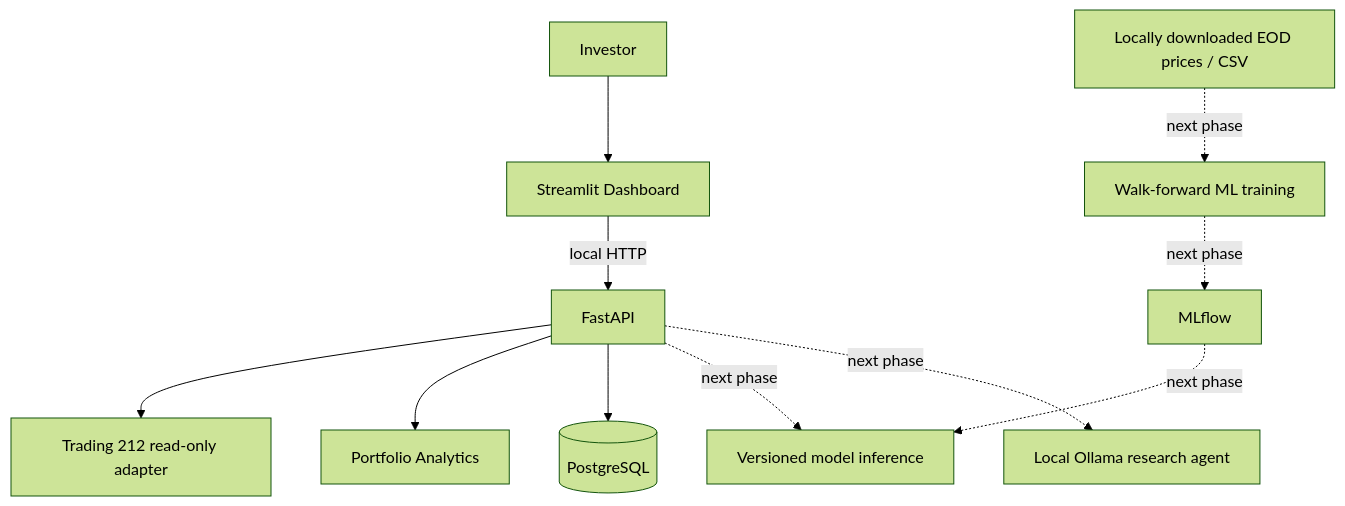
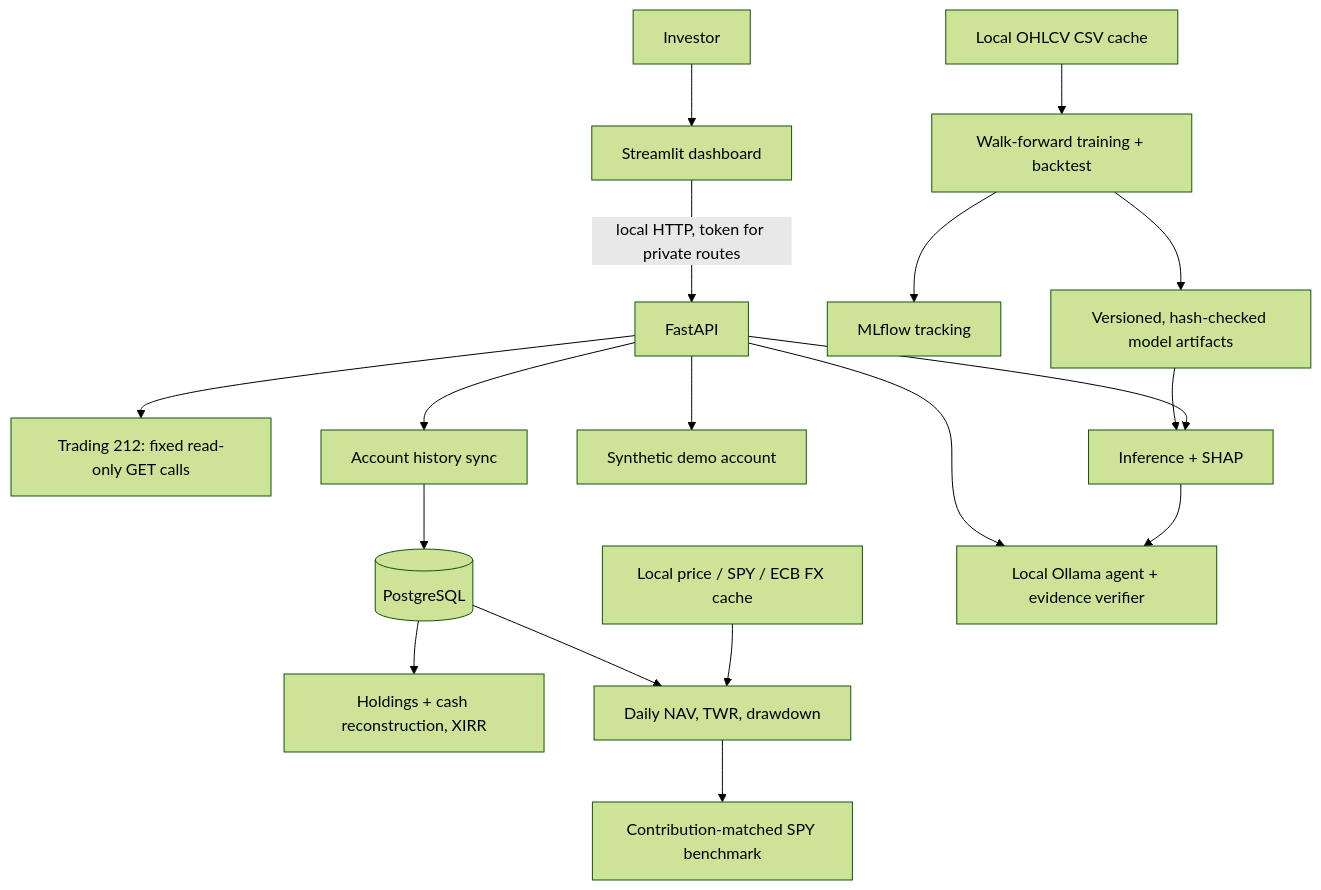
The diagram in docs/architecture.md (PranayElligaram/marketops), drawn with Mermaid (forest theme) before and after one commit. The commit also changed other lines of this file and 21 other files, not shown here.

First line of the commit message:
Add contribution-matched S&P 500 benchmark, comparison dashboard and synthetic demo (v1.0)

````diff
--- a/docs/architecture.md
+++ b/docs/architecture.md
@@ -3,13 +3,20 @@
 ```mermaid
 flowchart TD
-    User[Investor] --> UI[Streamlit Dashboard]
-    UI -->|local HTTP| API[FastAPI]
-    API --> Broker[Trading 212 read-only adapter]
-    API --> Data[Portfolio Analytics]
-    API --> DB[(PostgreSQL)]
-    Historical[Locally downloaded EOD prices / CSV] -. next phase .-> Training[Walk-forward ML training]
-    Training -. next phase .-> Tracking[MLflow]
-    Tracking -. next phase .-> Inference[Versioned model inference]
-    API -. next phase .-> Inference
-    API -. next phase .-> Agent[Local Ollama research agent]
+    User[Investor] --> UI[Streamlit dashboard]
+    UI -->|local HTTP, token for private routes| API[FastAPI]
+    API --> Broker[Trading 212: fixed read-only GET calls]
+    API --> History[Account history sync]
+    History --> DB[(PostgreSQL)]
+    DB --> Recon[Holdings + cash reconstruction, XIRR]
+    DB --> Val[Daily NAV, TWR, drawdown]
+    Prices[Local price / SPY / ECB FX cache] --> Val
+    Val --> Bench[Contribution-matched SPY benchmark]
+    API --> Demo[Synthetic demo account]
+    Market[Local OHLCV CSV cache] --> Training[Walk-forward training + backtest]
+    Training --> MLflow[MLflow tracking]
+    Training --> Artifacts[Versioned, hash-checked model artifacts]
+    Artifacts --> Inference[Inference + SHAP]
+    API --> Inference
+    API --> Agent[Local Ollama agent + evidence verifier]
+    Inference --> Agent
 ```
````
